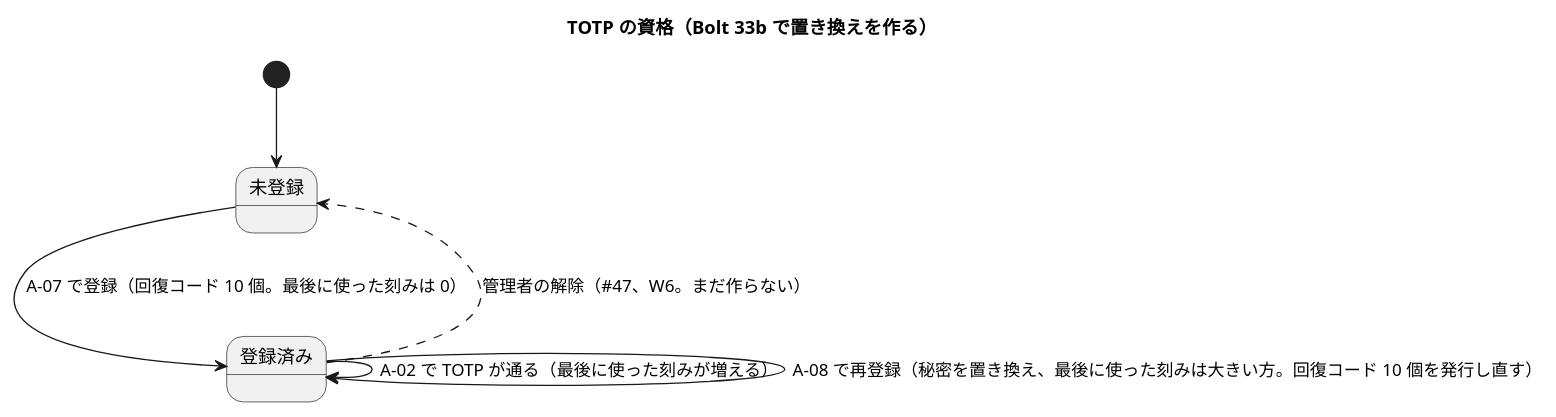
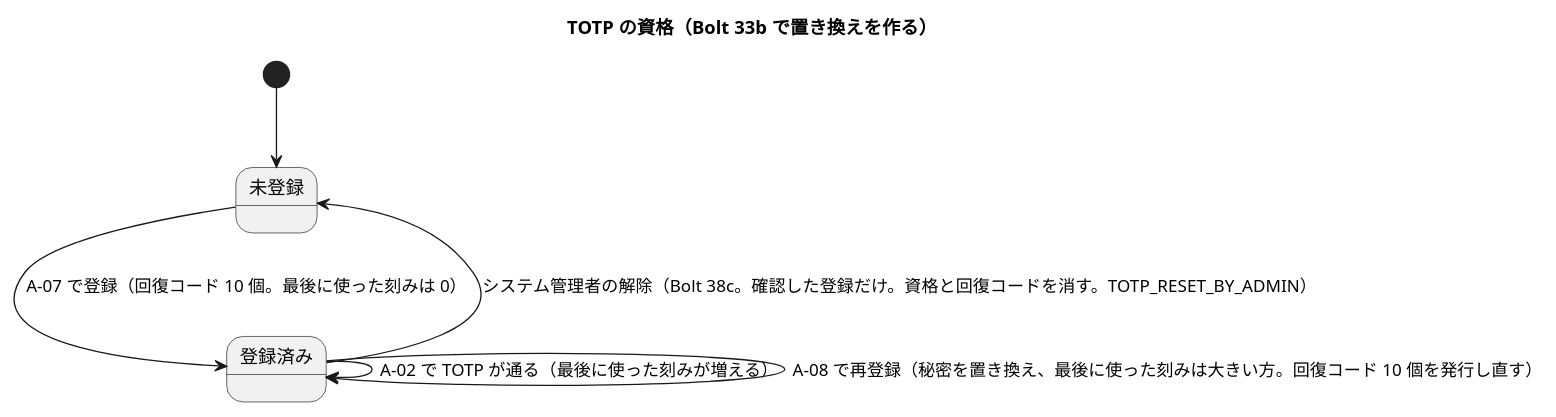
One commit to k2works/practical-domain-driven-design-in-enterpris-application changed diagram 16 of 23 in docs/design/cargo-tracker/domain_model.md. Above: the diagram before and after it, drawn with PlantUML. The commit also changed other lines of this file and 83 other files, not shown here.

First line of the commit message:
feat(identity): S-20 からロックの解除と管理者による TOTP の解除を行う（Bolt 38c）

````diff
--- a/docs/design/cargo-tracker/domain_model.md
+++ b/docs/design/cargo-tracker/domain_model.md
@@ -1306,10 +1310,10 @@
 ```plantuml
 @startuml
 title TOTP の資格（Bolt 33b で置き換えを作る）
 [*] --> 未登録
 未登録 --> 登録済み : A-07 で登録（回復コード 10 個。最後に使った刻みは 0）
 登録済み --> 登録済み : A-02 で TOTP が通る（最後に使った刻みが増える）
 登録済み --> 登録済み : A-08 で再登録（秘密を置き換え、最後に使った刻みは大きい方。回復コード 10 個を発行し直す）
-登録済み -[dashed]-> 未登録 : 管理者の解除（#47、W6。まだ作らない）
+登録済み --> 未登録 : システム管理者の解除（Bolt 38c。確認した登録だけ。資格と回復コードを消す。TOTP_RESET_BY_ADMIN）
 @enduml
 ```
````
